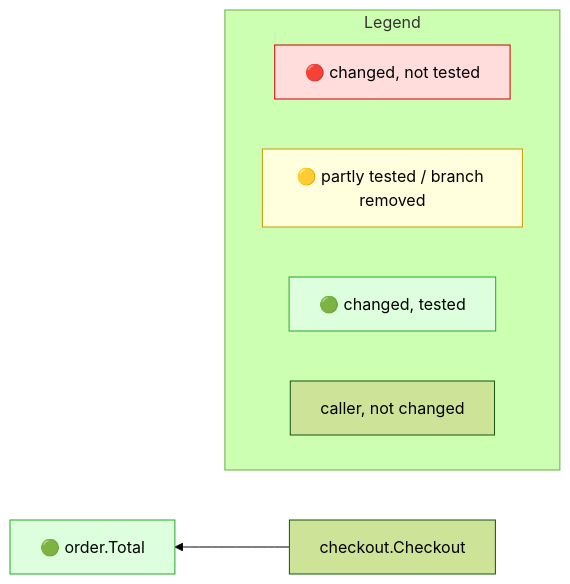
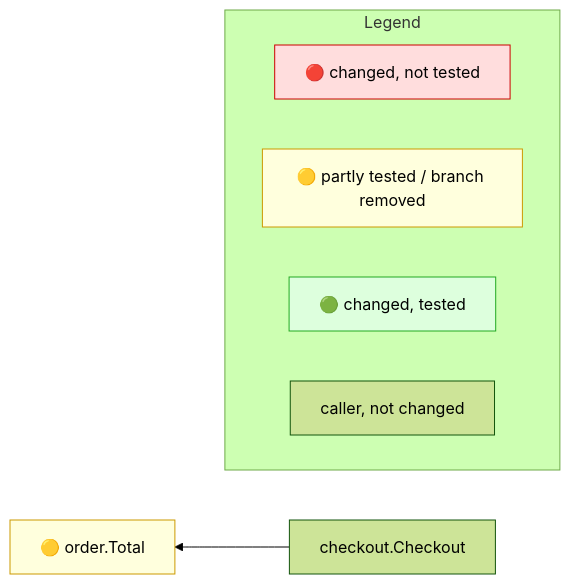
Before and after one commit to Kevinbarrero/mr-impact: the diagram in testdata/e2e/arch_inferred/expected.golden.md, drawn with Mermaid (forest theme). The commit also changed other lines of this file and 36 other files, not shown here.

````diff
--- a/testdata/e2e/arch_inferred/expected.golden.md
+++ b/testdata/e2e/arch_inferred/expected.golden.md
@@ -23,16 +23,16 @@
 ```mermaid
 flowchart RL
-  n0["🟢 order.Total"]:::green
+  n0["🟡 order.Total"]:::yellow
   n1["checkout.Checkout"]
   n1 --> n0
   subgraph legend ["Legend"]
     direction LR
     lr["🔴 changed, not tested"]:::red
     ly["🟡 partly tested / branch removed"]:::yellow
     lg["🟢 changed, tested"]:::green
     lc["caller, not changed"]
   end
   classDef red fill:#fdd,stroke:#c00
   classDef yellow fill:#ffd,stroke:#c90
   classDef green fill:#dfd,stroke:#2a2
 ```
````
